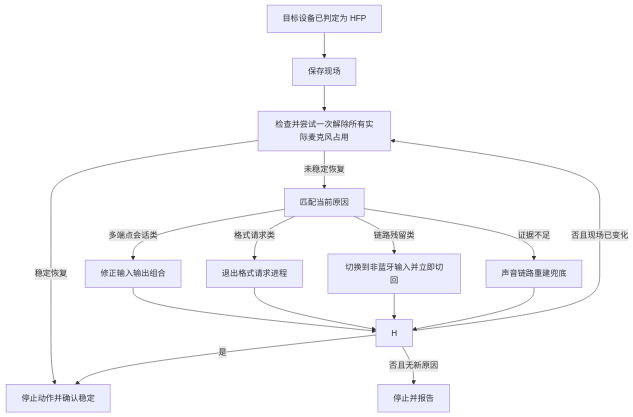
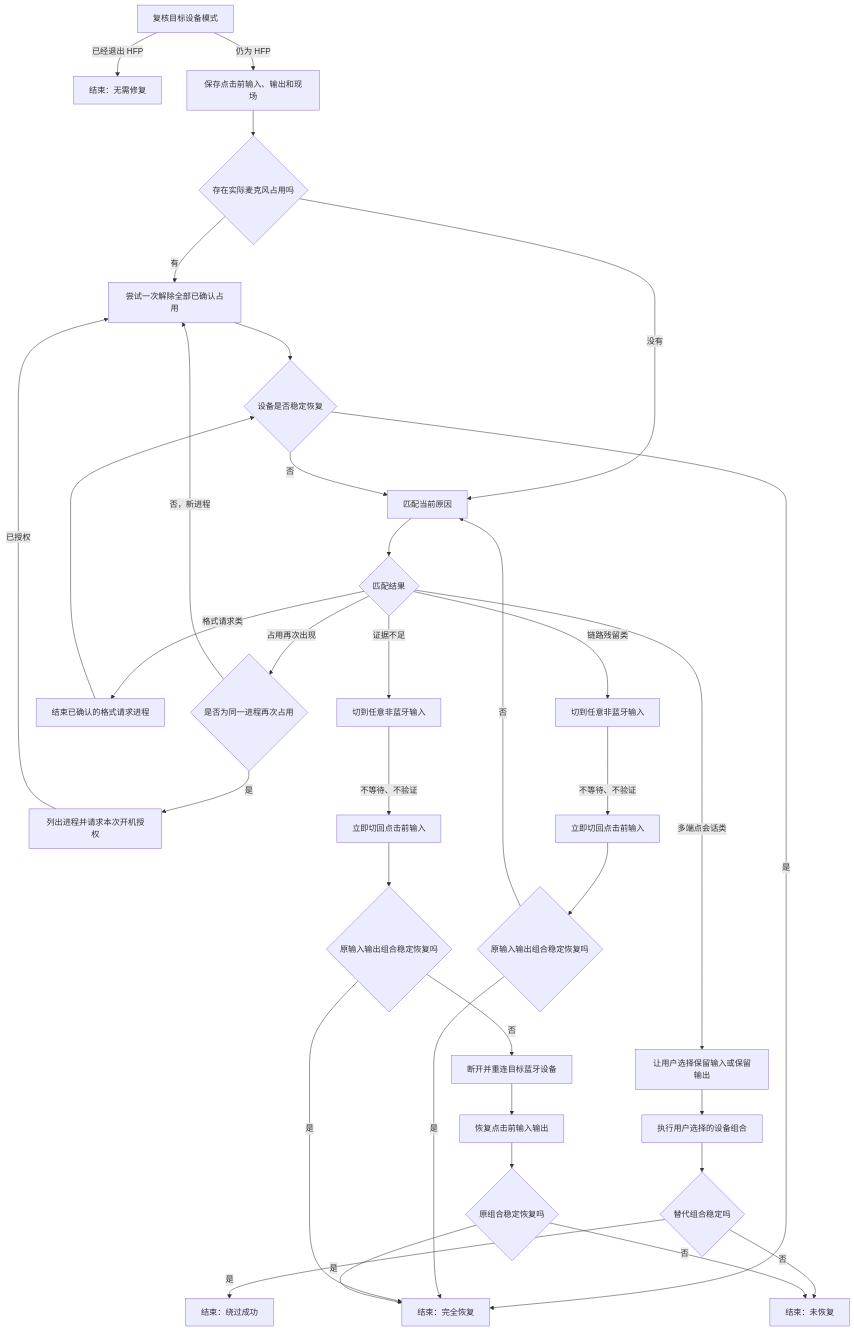
One commit to andy-JustSayWhen/fix-Bluetooth-earphone-audio-problem changed the diagram in reference/SPEC/HFP模式一键修复方案.md. Above: the diagram before and after it, drawn with Mermaid. The commit also changed other lines of this file and 1 other file, not shown here.

Commit message:
docs: make recovery route diagram authoritative

````diff
--- a/reference/SPEC/HFP模式一键修复方案.md
+++ b/reference/SPEC/HFP模式一键修复方案.md
@@ -32,18 +32,45 @@
 ```mermaid
 flowchart TD
-    A[目标设备已判定为 HFP] --> B[保存现场]
-    B --> C[检查并尝试一次解除所有实际麦克风占用]
-    C -->|稳定恢复| I[停止动作并确认占用状态]
-    C -->|未稳定恢复| K[匹配当前原因]
-    K -->|多端点会话类| E[修正输入输出组合]
-    K -->|格式请求类| F[退出格式请求进程]
-    K -->|链路残留类| L[切换到非蓝牙输入并立即切回]
-    K -->|证据不足| G[声音链路重建兜底]
-    E --> H
-    F --> H
-    L --> H
-    G --> H
-    H -->|是| I[停止动作并确认稳定]
-    H -->|否且现场已变化| C
-    H -->|否且无新原因| J[停止并报告]
+    A[复核目标设备模式] -->|已经退出 HFP| A1[结束：无需修复]
+    A -->|仍为 HFP| B[保存点击前输入、输出和现场]
+    B --> C{存在实际麦克风占用吗}
+
+    C -->|有| D[尝试一次解除全部已确认占用]
+    C -->|没有| H[匹配当前原因]
+
+    D --> E{设备是否稳定恢复}
+    E -->|是| Z[结束：完全恢复]
+    E -->|否| H
+
+    H --> H1{匹配结果}
+
+    H1 -->|占用再次出现| I{是否为同一进程再次占用}
+    I -->|是| J[列出进程并请求本次开机授权]
+    J -->|已授权| D
+    I -->|否，新进程| D
+
+    H1 -->|多端点会话类| K[让用户选择保留输入或保留输出]
+    K --> L[执行用户选择的设备组合]
+    L --> M{替代组合稳定吗}
+    M -->|是| Z3[结束：绕过成功]
+    M -->|否| Z4[结束：未恢复]
+
+    H1 -->|格式请求类| N[结束已确认的格式请求进程]
+    N --> E
+
+    H1 -->|链路残留类| O[切到任意非蓝牙输入]
+    O -->|不等待、不验证| P[立即切回点击前输入]
+    P --> Q{原输入输出组合稳定恢复吗}
+    Q -->|是| Z
+    Q -->|否| H
+
+    H1 -->|证据不足| R[切到任意非蓝牙输入]
+    R -->|不等待、不验证| S[立即切回点击前输入]
+    S --> T{原输入输出组合稳定恢复吗}
+    T -->|是| Z
+    T -->|否| U[断开并重连目标蓝牙设备]
+    U --> V[恢复点击前输入输出]
+    V --> W{原组合稳定恢复吗}
+    W -->|是| Z
+    W -->|否| Z4
 ```
````
